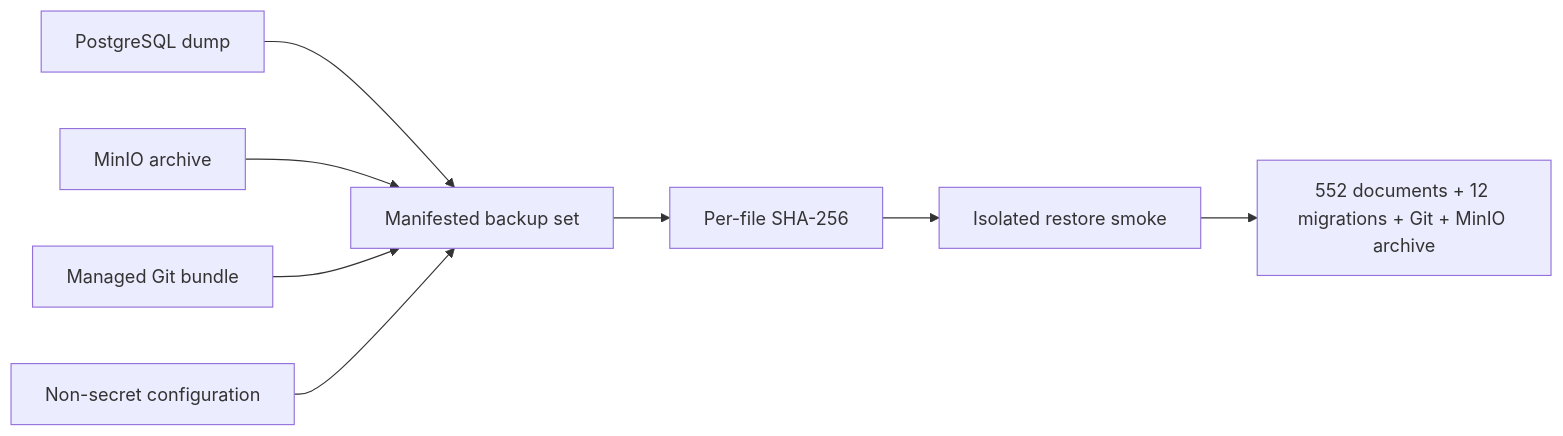
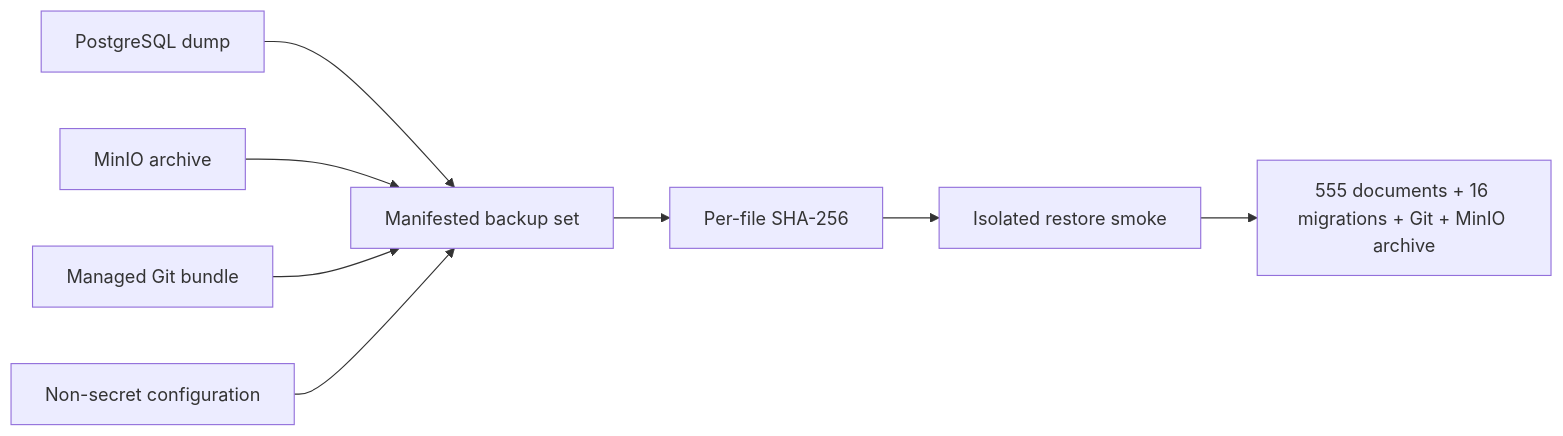
The seventh of 7 diagrams in docs/architecture/runtime-flows.md (David-std/Architecture-Knowledge-Platform), drawn with Mermaid before and after one commit. The commit also changed 171 other files, not shown here.

````diff
--- a/docs/architecture/runtime-flows.md
+++ b/docs/architecture/runtime-flows.md
@@ -143,10 +143,10 @@
 ```mermaid
 flowchart LR
   PG["PostgreSQL dump"] --> Set["Manifested backup set"]
   MinIO["MinIO archive"] --> Set
   Git["Managed Git bundle"] --> Set
   Config["Non-secret configuration"] --> Set
   Set --> Hash["Per-file SHA-256"]
   Hash --> Isolated["Isolated restore smoke"]
-  Isolated --> Checks["552 documents + 12 migrations + Git + MinIO archive"]
+  Isolated --> Checks["555 documents + 16 migrations + Git + MinIO archive"]
 ```
````
